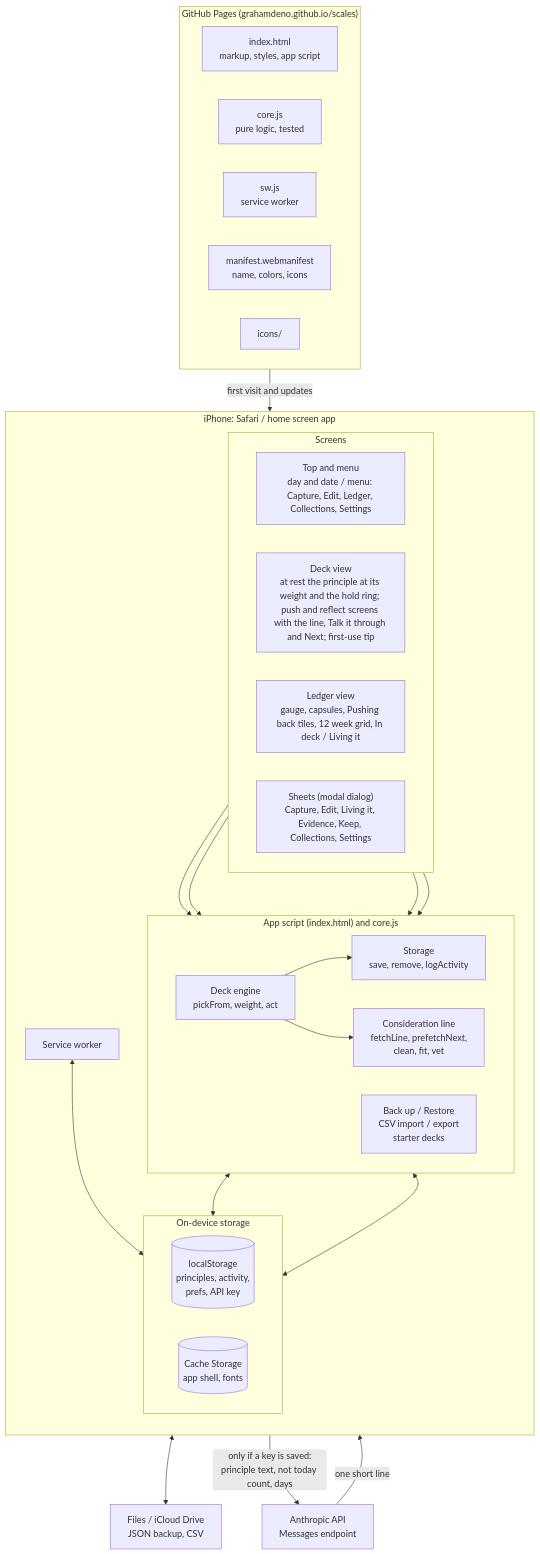
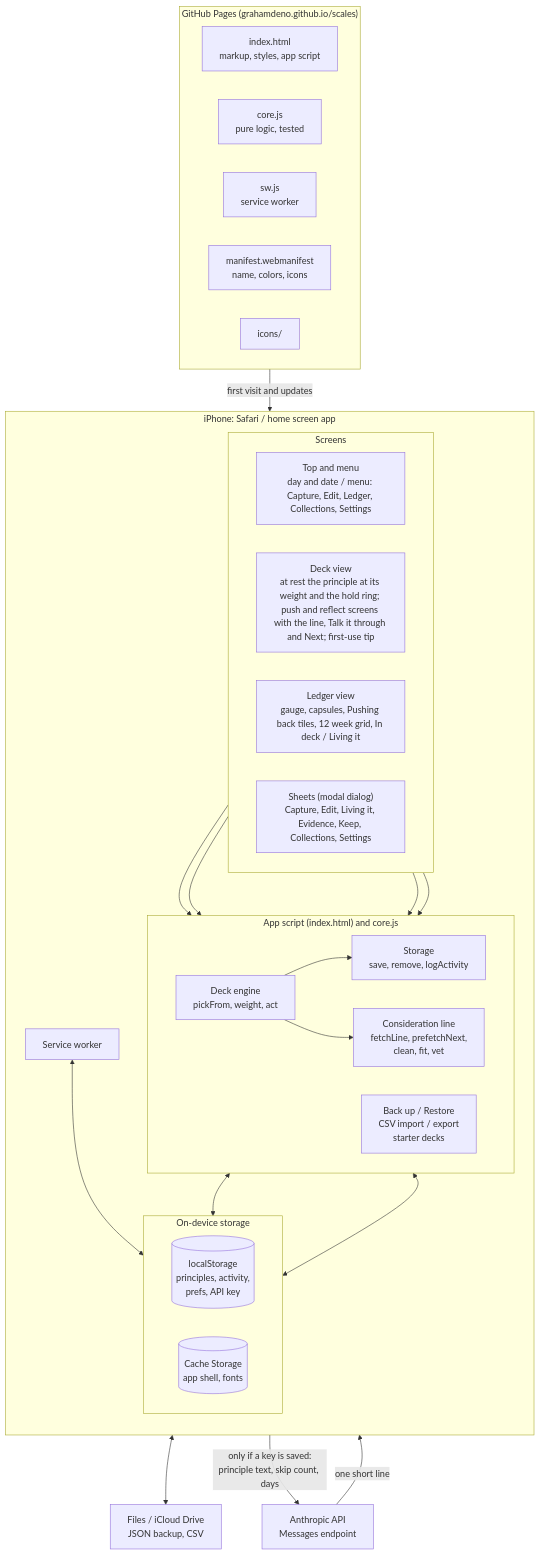
Before and after one commit to grahamdeno/scales: the first of 3 diagrams in docs/ARCHITECTURE.md, drawn with Mermaid. The commit also changed other lines of this file and 5 other files, not shown here.

````diff
--- a/docs/ARCHITECTURE.md
+++ b/docs/ARCHITECTURE.md
@@ -16,57 +16,57 @@
 ```mermaid
 flowchart TB
     subgraph host["GitHub Pages (grahamdeno.github.io/scales)"]
         direction LR
         html["index.html<br/>markup, styles, app script"]
         corefile["core.js<br/>pure logic, tested"]
         swfile["sw.js<br/>service worker"]
         mani["manifest.webmanifest<br/>name, colors, icons"]
         icons["icons/"]
     end
 
     subgraph phone["iPhone: Safari / home screen app"]
         direction TB
 
         subgraph ui["Screens"]
             direction LR
             header["Top and menu<br/>day and date / menu: Capture, Edit, Ledger, Collections, Settings"]
             deck["Deck view<br/>at rest the principle at its weight and the hold ring; push and reflect screens with the line, Talk it through and Next; first-use tip"]
             ledger["Ledger view<br/>gauge, capsules, Pushing back tiles, 12 week grid, In deck / Living it"]
             sheets["Sheets (modal dialog)<br/>Capture, Edit, Living it, Evidence, Keep, Collections, Settings"]
         end
 
         subgraph logic["App script (index.html) and core.js"]
             direction LR
             engine["Deck engine<br/>pickFrom, weight, act"]
             line["Consideration line<br/>fetchLine, prefetchNext,<br/>clean, fit, vet"]
             store["Storage<br/>save, remove, logActivity"]
             io["Back up / Restore<br/>CSV import / export<br/>starter decks"]
         end
 
         subgraph device["On-device storage"]
             direction LR
             ls[("localStorage<br/>principles, activity,<br/>prefs, API key")]
             cache[("Cache Storage<br/>app shell, fonts")]
         end
 
         sw["Service worker"]
     end
 
     api["Anthropic API<br/>Messages endpoint"]
     files["Files / iCloud Drive<br/>JSON backup, CSV"]
 
     host -- "first visit and updates" --> sw
     sw <--> cache
 
     deck --> engine
     sheets --> engine
     sheets --> io
     engine --> store
     engine --> line
     ledger --> store
     store <--> ls
     io <--> ls
     io <--> files
-    line -- "only if a key is saved:<br/>principle text, not today count, days" --> api
+    line -- "only if a key is saved:<br/>principle text, skip count, days" --> api
     api -- "one short line" --> line
 ```
````
